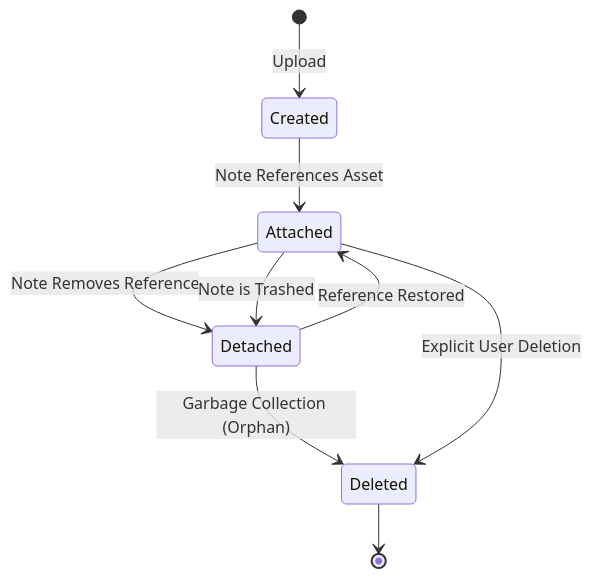
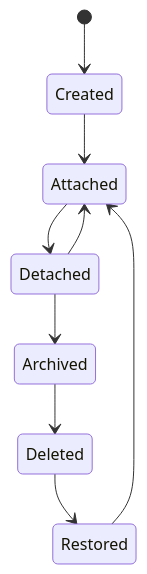
Before and after one commit to Sayantan5665/NoteBook: the diagram in docs/03-modules/attachments/02-AttachmentLifecycle.md, drawn with Mermaid. The commit also changed other lines of this file and 5 other files, not shown here.

Commit message:
docs: formalize attachment domain architecture, lifecycle models, and integration principles in module documentation

````diff
--- a/docs/03-modules/attachments/02-AttachmentLifecycle.md
+++ b/docs/03-modules/attachments/02-AttachmentLifecycle.md
@@ -50,15 +56,13 @@
 ```mermaid
 stateDiagram-v2
-    [*] --> Created : Upload
-    Created --> Attached : Note References Asset
+    [*] --> Created
+    Created --> Attached
     
-    Attached --> Detached : Note Removes Reference
-    Attached --> Detached : Note is Trashed
+    Attached --> Detached
+    Detached --> Archived
+    Archived --> Deleted
+    Deleted --> Restored
+    Restored --> Attached
     
-    Detached --> Attached : Reference Restored
-    
-    Detached --> Deleted : Garbage Collection (Orphan)
-    Attached --> Deleted : Explicit User Deletion
-    
-    Deleted --> [*]
+    Detached --> Attached
 ```
````
